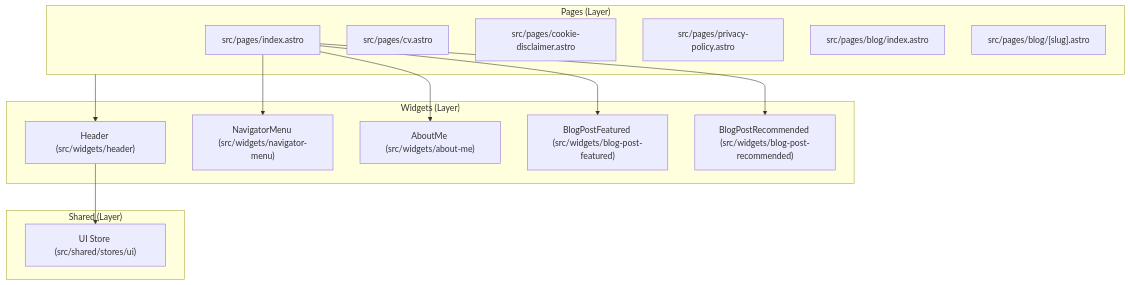
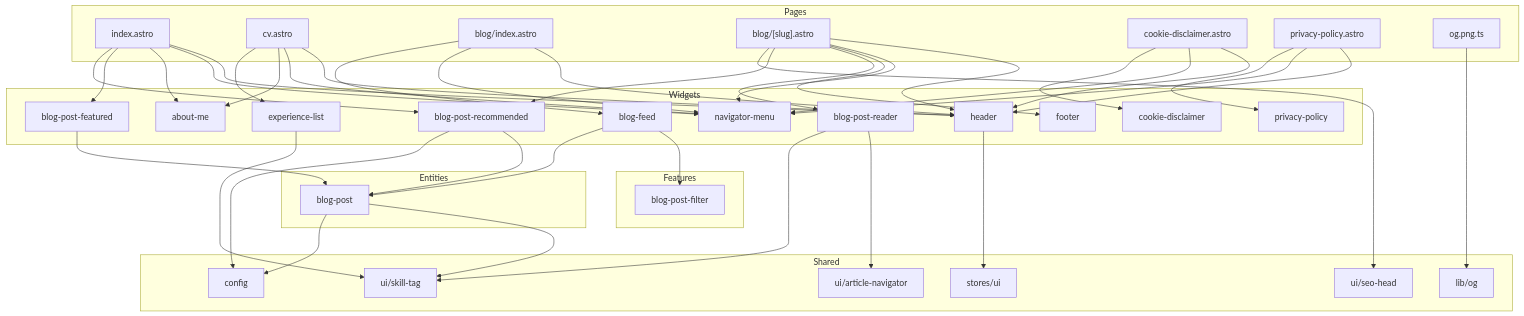
The diagram in docs/ARCHITECTURE.md (Alexits93/ai-architecture-portfolio), drawn with Mermaid before and after one commit. The commit also changed other lines of this file and 144 other files, not shown here.

````diff
--- a/docs/ARCHITECTURE.md
+++ b/docs/ARCHITECTURE.md
@@ -7,33 +5,59 @@
 ```mermaid
 flowchart TD
-    %% Layers
-    subgraph Pages ["Pages (Layer)"]
-        Index["src/pages/index.astro"]
-        CV["src/pages/cv.astro"]
-        CookieDisclaimer["src/pages/cookie-disclaimer.astro"]
-        PrivacyPolicy["src/pages/privacy-policy.astro"]
-        BlogIndex["src/pages/blog/index.astro"]
-        BlogPost["src/pages/blog/[slug].astro"]
+    subgraph Pages
+        Index["index.astro"]
+        CV["cv.astro"]
+        BlogIndex["blog/index.astro"]
+        BlogPost["blog/[slug].astro"]
+        Cookie["cookie-disclaimer.astro"]
+        Privacy["privacy-policy.astro"]
+        OG["og.png.ts"]
     end
-    
-    subgraph Widgets ["Widgets (Layer)"]
-        Header["Header (src/widgets/header)"]
-        NavigatorMenu["NavigatorMenu (src/widgets/navigator-menu)"]
-        AboutMe["AboutMe (src/widgets/about-me)"]
-        BlogPostFeatured["BlogPostFeatured (src/widgets/blog-post-featured)"]
-        BlogPostRecommended["BlogPostRecommended (src/widgets/blog-post-recommended)"]
+
+    subgraph Widgets
+        Header["header"]
+        Menu["navigator-menu"]
+        Footer["footer"]
+        AboutMe["about-me"]
+        Experience["experience-list"]
+        Featured["blog-post-featured"]
+        Recommended["blog-post-recommended"]
+        Feed["blog-feed"]
+        Reader["blog-post-reader"]
+        CookieW["cookie-disclaimer"]
+        PrivacyW["privacy-policy"]
     end
-    
-    subgraph Shared ["Shared (Layer)"]
-        UIStore["UI Store (src/shared/stores/ui)"]
+
+    subgraph Features
+        Filter["blog-post-filter"]
     end
-    
-    %% Relationships
-    Pages --> Header
-    Index --> NavigatorMenu
-    Index --> AboutMe
-    Index --> BlogPostFeatured
-    Index --> BlogPostRecommended
-    
-    Header --> UIStore
+
+    subgraph Entities
+        Post["blog-post"]
+    end
+
+    subgraph Shared
+        SkillTag["ui/skill-tag"]
+        ArticleNav["ui/article-navigator"]
+        SeoHead["ui/seo-head"]
+        Store["stores/ui"]
+        OgLib["lib/og"]
+        Config["config"]
+    end
+
+    Index --> Header & Menu & AboutMe & Featured & Recommended
+    CV --> Header & Menu & AboutMe & Experience
+    BlogIndex --> Header & Menu & Feed
+    BlogPost --> Header & Menu & Footer & Reader & Recommended & SeoHead
+    Cookie --> Header & Menu & CookieW
+    Privacy --> Header & Menu & PrivacyW
+    OG --> OgLib
+
+    Header --> Store
+    Experience --> SkillTag
+    Feed --> Filter & Post
+    Featured --> Post
+    Recommended --> Post & Config
+    Reader --> ArticleNav & SkillTag
+    Post --> SkillTag & Config
 ```
````
